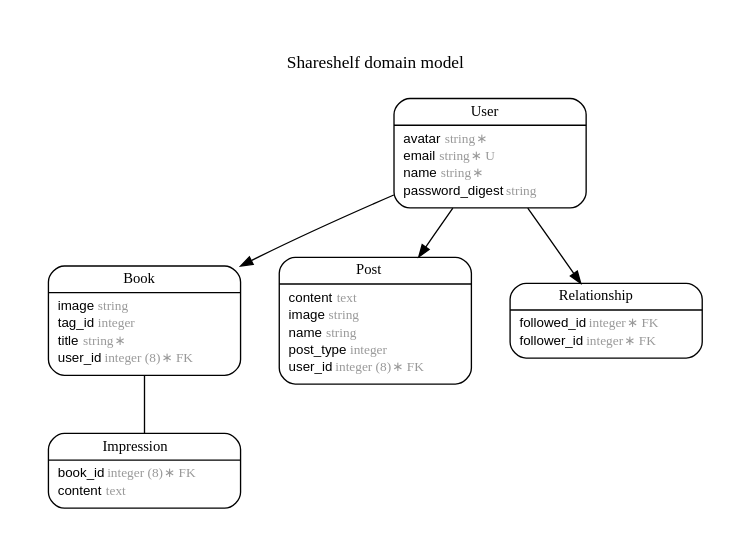
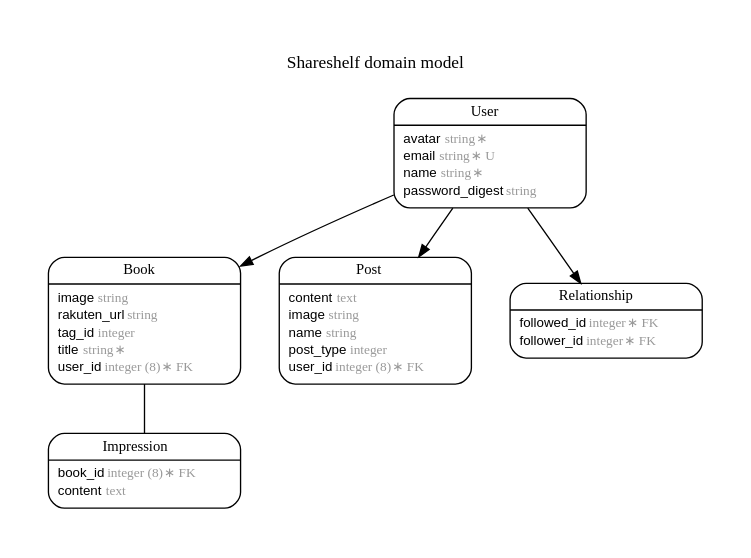
One commit to AtsushiKoga13/share_shelf changed the diagram in erd.dot. Above: the diagram before and after it, drawn with Graphviz. The commit also changed 1 other file, not shown here.

Commit message:
Fix er diagram image

```diff
--- a/erd.dot
+++ b/erd.dot
@@ -1,72 +1,73 @@
 digraph Shareshelf {
 rankdir = "LR";
 ranksep = "0.5";
 nodesep = "0.4";
 pad = "0.4,0.4";
 margin = "0,0";
 concentrate = "true";
 labelloc = "t";
 fontsize = "13";
 fontname = "Arial Bold";
 splines = "spline";
 node[ shape  =  "Mrecord" , fontsize  =  "10" , fontname  =  "Arial" , margin  =  "0.07,0.05" , penwidth  =  "1.0"];
 edge[ fontname  =  "Arial" , fontsize  =  "7" , dir  =  "both" , arrowsize  =  "0.9" , penwidth  =  "1.0" , labelangle  =  "32" , labeldistance  =  "1.8"];
 rankdir = "TB";
 label = "Shareshelf domain model\n\n";
 m_Book [label = <{<table border="0" align="center" cellspacing="0.5" cellpadding="0" width="134">
   <tr><td align="center" valign="bottom" width="130"><font face="Arial Bold" point-size="11">Book</font></td></tr>
 </table>
 |
 <table border="0" align="left" cellspacing="2" cellpadding="0" width="134">
   <tr><td align="left" width="130" port="image">image <font face="Arial Italic" color="grey60">string</font></td></tr>
+  <tr><td align="left" width="130" port="rakuten_url">rakuten_url <font face="Arial Italic" color="grey60">string</font></td></tr>
   <tr><td align="left" width="130" port="tag_id">tag_id <font face="Arial Italic" color="grey60">integer</font></td></tr>
   <tr><td align="left" width="130" port="title">title <font face="Arial Italic" color="grey60">string ∗</font></td></tr>
   <tr><td align="left" width="130" port="user_id">user_id <font face="Arial Italic" color="grey60">integer (8) ∗ FK</font></td></tr>
 </table>
 }>];
 m_Impression [label = <{<table border="0" align="center" cellspacing="0.5" cellpadding="0" width="134">
   <tr><td align="center" valign="bottom" width="130"><font face="Arial Bold" point-size="11">Impression</font></td></tr>
 </table>
 |
 <table border="0" align="left" cellspacing="2" cellpadding="0" width="134">
   <tr><td align="left" width="130" port="book_id">book_id <font face="Arial Italic" color="grey60">integer (8) ∗ FK</font></td></tr>
   <tr><td align="left" width="130" port="content">content <font face="Arial Italic" color="grey60">text</font></td></tr>
 </table>
 }>];
 m_Post [label = <{<table border="0" align="center" cellspacing="0.5" cellpadding="0" width="134">
   <tr><td align="center" valign="bottom" width="130"><font face="Arial Bold" point-size="11">Post</font></td></tr>
 </table>
 |
 <table border="0" align="left" cellspacing="2" cellpadding="0" width="134">
   <tr><td align="left" width="130" port="content">content <font face="Arial Italic" color="grey60">text</font></td></tr>
   <tr><td align="left" width="130" port="image">image <font face="Arial Italic" color="grey60">string</font></td></tr>
   <tr><td align="left" width="130" port="name">name <font face="Arial Italic" color="grey60">string</font></td></tr>
   <tr><td align="left" width="130" port="post_type">post_type <font face="Arial Italic" color="grey60">integer</font></td></tr>
   <tr><td align="left" width="130" port="user_id">user_id <font face="Arial Italic" color="grey60">integer (8) ∗ FK</font></td></tr>
 </table>
 }>];
 m_Relationship [label = <{<table border="0" align="center" cellspacing="0.5" cellpadding="0" width="134">
   <tr><td align="center" valign="bottom" width="130"><font face="Arial Bold" point-size="11">Relationship</font></td></tr>
 </table>
 |
 <table border="0" align="left" cellspacing="2" cellpadding="0" width="134">
   <tr><td align="left" width="130" port="followed_id">followed_id <font face="Arial Italic" color="grey60">integer ∗ FK</font></td></tr>
   <tr><td align="left" width="130" port="follower_id">follower_id <font face="Arial Italic" color="grey60">integer ∗ FK</font></td></tr>
 </table>
 }>];
 m_User [label = <{<table border="0" align="center" cellspacing="0.5" cellpadding="0" width="134">
   <tr><td align="center" valign="bottom" width="130"><font face="Arial Bold" point-size="11">User</font></td></tr>
 </table>
 |
 <table border="0" align="left" cellspacing="2" cellpadding="0" width="134">
   <tr><td align="left" width="130" port="avatar">avatar <font face="Arial Italic" color="grey60">string ∗</font></td></tr>
   <tr><td align="left" width="130" port="email">email <font face="Arial Italic" color="grey60">string ∗ U</font></td></tr>
   <tr><td align="left" width="130" port="name">name <font face="Arial Italic" color="grey60">string ∗</font></td></tr>
   <tr><td align="left" width="130" port="password_digest">password_digest <font face="Arial Italic" color="grey60">string</font></td></tr>
 </table>
 }>];
   m_User -> m_Book [arrowhead = "normal", arrowtail = "none", weight = "2"];
   m_Book -> m_Impression [arrowhead = "none", arrowtail = "none", weight = "2"];
   m_User -> m_Post [arrowhead = "normal", arrowtail = "none", weight = "2"];
   m_User -> m_Relationship [arrowhead = "normal", arrowtail = "none", weight = "4"];
 }
```
